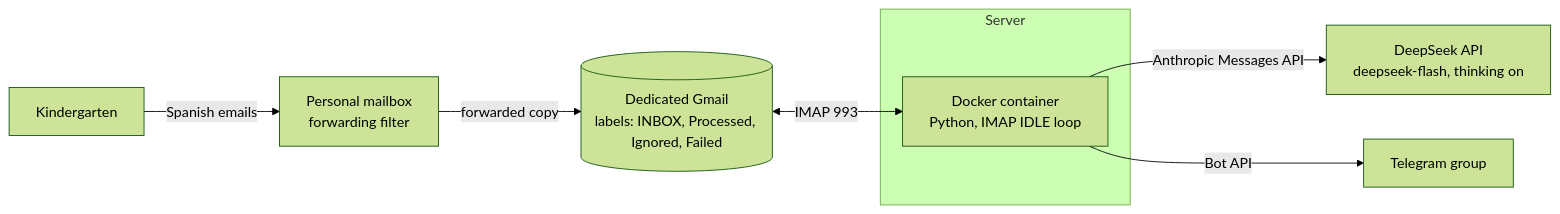
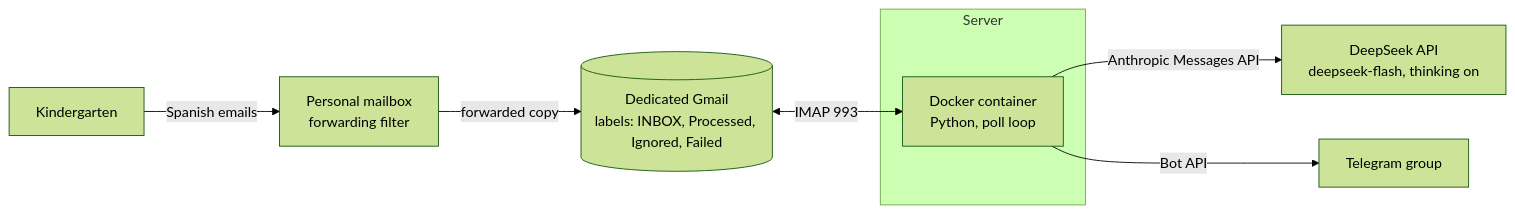
Before and after one commit to DeV1L/kindergarten-email-checker: the first of 3 diagrams in docs/ARCHITECTURE.md, drawn with Mermaid (forest theme). The commit also changed other lines of this file and 9 other files, not shown here.

````diff
--- a/docs/ARCHITECTURE.md
+++ b/docs/ARCHITECTURE.md
@@ -18,11 +18,11 @@
 ```mermaid
 flowchart LR
     K[Kindergarten] -->|Spanish emails| P["Personal mailbox<br/>forwarding filter"]
     P -->|forwarded copy| G[("Dedicated Gmail<br/>labels: INBOX, Processed, Ignored, Failed")]
     subgraph VPS ["Server"]
-        C["Docker container<br/>Python, IMAP IDLE loop"]
+        C["Docker container<br/>Python, poll loop"]
     end
     G <-->|IMAP 993| C
     C -->|Anthropic Messages API| D["DeepSeek API<br/>deepseek-flash, thinking on"]
     C -->|Bot API| T["Telegram group"]
 ```
````
